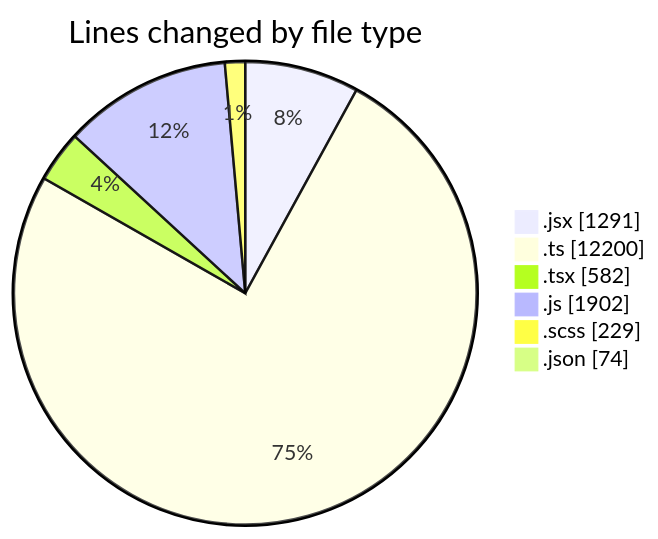
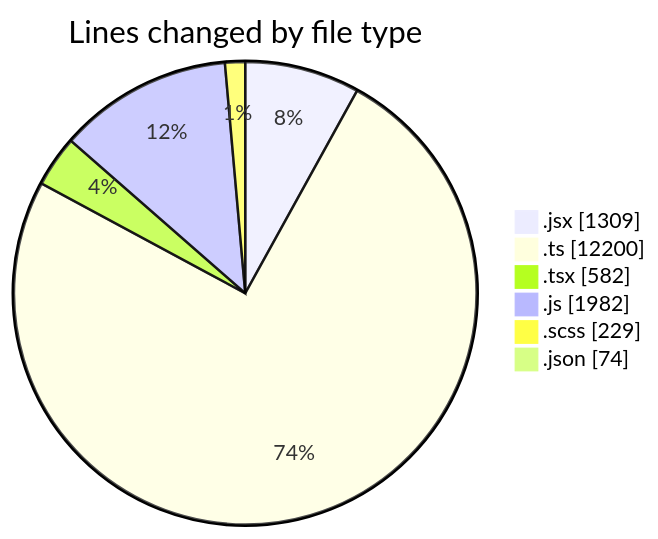
The first of 2 diagrams in 2025-06-05/cda/README.md (momahboobian/code-tracking), drawn with Mermaid before and after one commit. The commit also changed other lines of this file and 1 other file, not shown here.

````diff
--- a/2025-06-05/cda/README.md
+++ b/2025-06-05/cda/README.md
@@ -39,10 +39,10 @@
 ```mermaid
 pie showData
 title Lines changed by file type
-".jsx" : 1291
+".jsx" : 1309
 ".ts" : 12200
 ".tsx" : 582
-".js" : 1902
+".js" : 1982
 ".scss" : 229
 ".json" : 74
 ```
````
